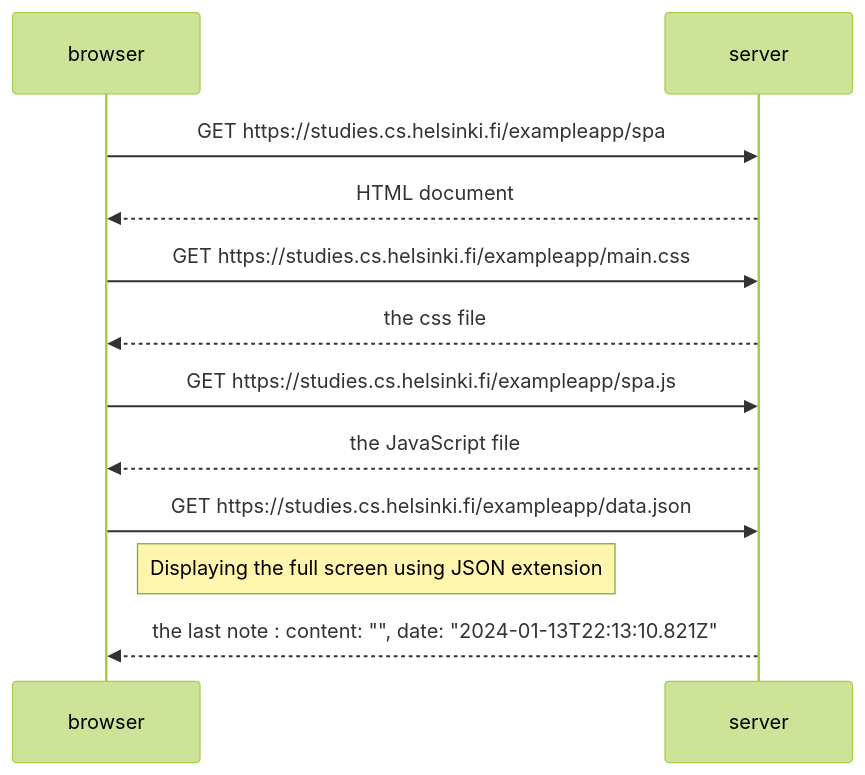
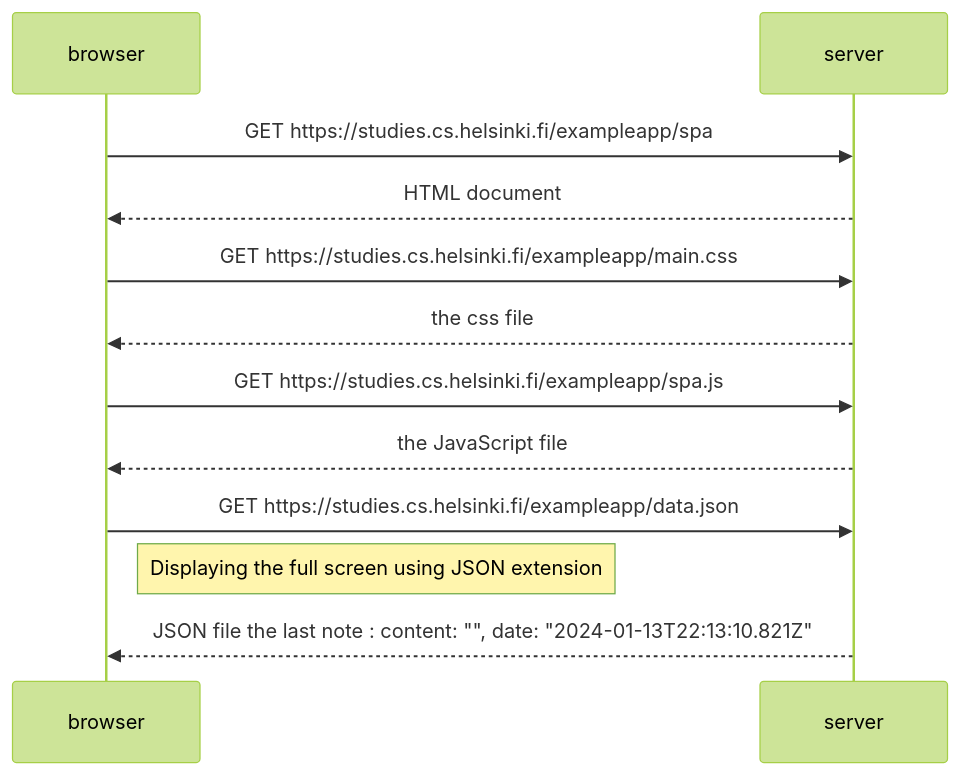
The diagram in SinglePageApp.md (CheikhATGaye/FullStack), drawn with Mermaid (forest theme) before and after one commit. The commit also changed 1 other file, not shown here.

````diff
--- a/SinglePageApp.md
+++ b/SinglePageApp.md
@@ -2,21 +2,21 @@
 ```mermaid
 sequenceDiagram
     participant browser
     participant server
 
 
     browser->>server: GET https://studies.cs.helsinki.fi/exampleapp/spa
     server-->>browser: HTML document
 
     browser->>server: GET https://studies.cs.helsinki.fi/exampleapp/main.css
     server-->>browser: the css file
 
     browser->>server: GET https://studies.cs.helsinki.fi/exampleapp/spa.js
     server-->>browser: the JavaScript file
 
     browser->>server: GET https://studies.cs.helsinki.fi/exampleapp/data.json
     Note right of browser : Displaying the full screen using JSON extension
-    server-->>browser: the last note : content: "", date: "2024-01-13T22:13:10.821Z"
+    server-->>browser: JSON file the last note : content: "", date: "2024-01-13T22:13:10.821Z"
 
 
 ```
````
